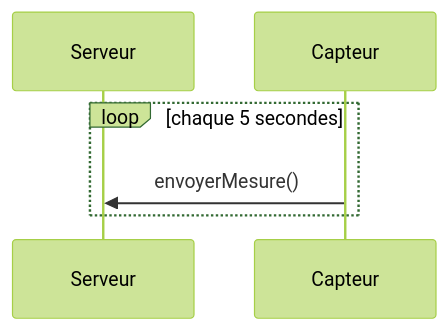
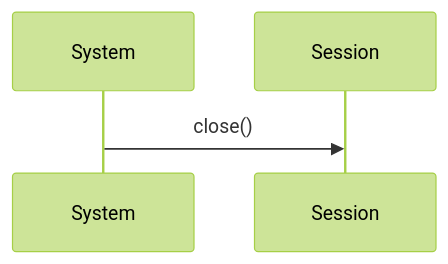
One commit to ophenix-maisonneuve/420-930-ma-site-web changed the seventh of 10 diagrams in _notes/uml/uml-sequence.md. Above: the diagram before and after it, drawn with Mermaid (forest theme). The commit also changed other lines of this file and 1 other file, not shown here.

Commit message:
ajout des notes de cours sur le diagramme de séquence

````diff
--- a/_notes/uml/uml-sequence.md
+++ b/_notes/uml/uml-sequence.md
@@ -78,9 +94,5 @@
 ```mermaid
 sequenceDiagram
-    participant Serveur
-    participant Capteur
-
-    loop chaque 5 secondes
-        Capteur->>Serveur: envoyerMesure()
-    end
+System ->> Session : close()
+destroy Session
 ```
````
